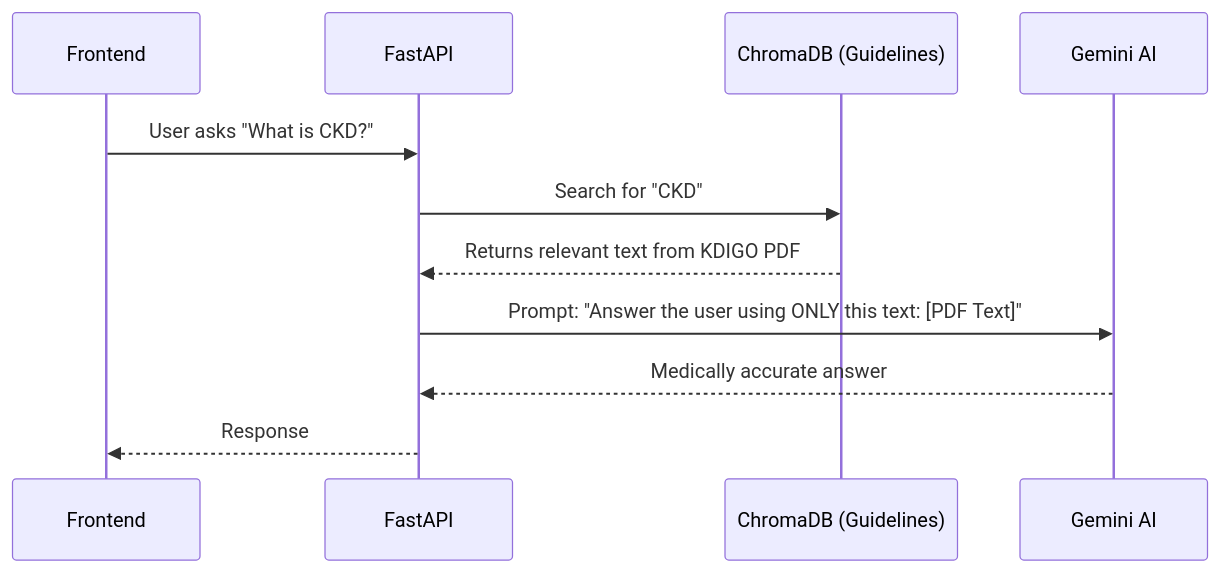
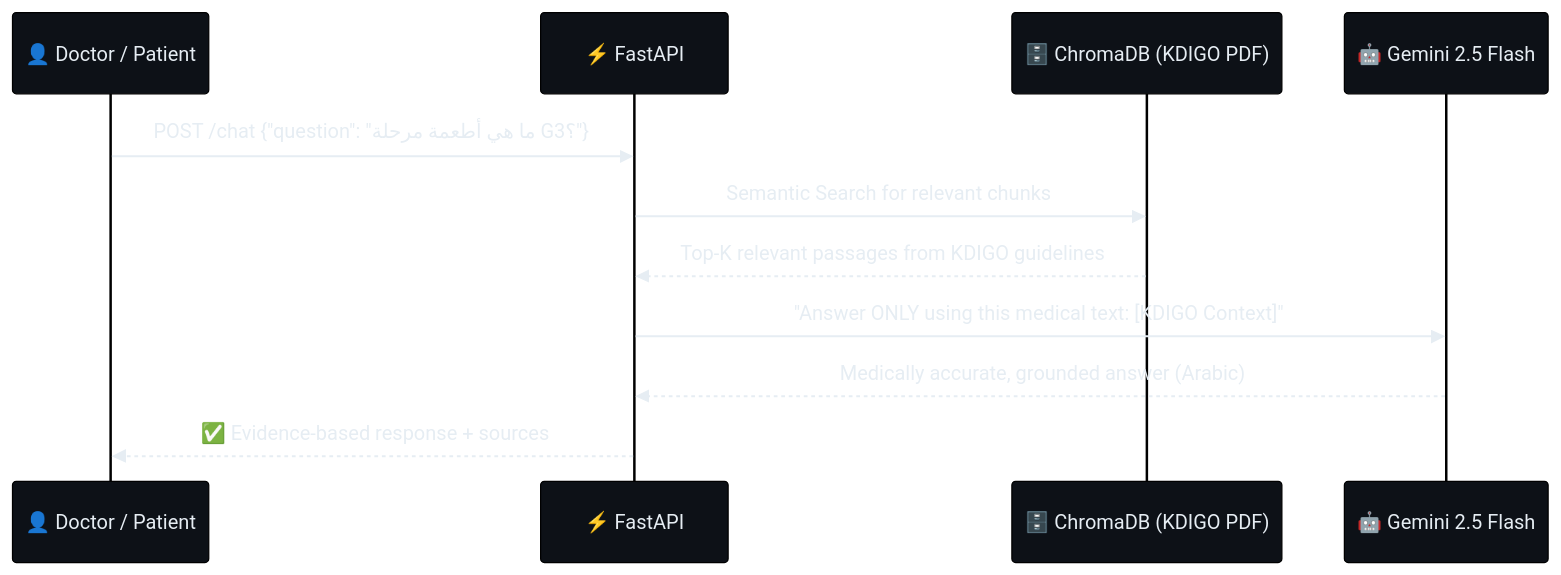
One commit to amribrahim11vv/Kidnefy-Ai changed the fifth of 6 diagrams in README.md. Above: the diagram before and after it, drawn with Mermaid. The commit also changed other lines of this file and 1 other file, not shown here.

Commit message:
docs: overhaul README with professional banners, mermaid diagrams, full API reference, and architecture visuals

````diff
--- a/README.md
+++ b/README.md
@@ -124,14 +200,15 @@
 ```mermaid
+%%{init: {'theme': 'base', 'themeVariables': {'primaryColor': '#0d1117', 'primaryTextColor': '#e6edf3', 'lineColor': '#a371f7'}}}%%
 sequenceDiagram
-    participant UI as Frontend
-    participant API as FastAPI
-    participant VectorDB as ChromaDB (Guidelines)
-    participant LLM as Gemini AI
-    
-    UI->>API: User asks "What is CKD?"
-    API->>VectorDB: Search for "CKD"
-    VectorDB-->>API: Returns relevant text from KDIGO PDF
-    API->>LLM: Prompt: "Answer the user using ONLY this text: [PDF Text]"
-    LLM-->>API: Medically accurate answer
-    API-->>UI: Response
+    participant User as 👤 Doctor / Patient
+    participant API as ⚡ FastAPI
+    participant VDB as 🗄️ ChromaDB (KDIGO PDF)
+    participant LLM as 🤖 Gemini 2.5 Flash
+
+    User->>API: POST /chat {"question": "ما هي أطعمة مرحلة G3؟"}
+    API->>VDB: Semantic Search for relevant chunks
+    VDB-->>API: Top-K relevant passages from KDIGO guidelines
+    API->>LLM: "Answer ONLY using this medical text: [KDIGO Context]"
+    LLM-->>API: Medically accurate, grounded answer (Arabic)
+    API-->>User: ✅ Evidence-based response + sources
 ```
````
